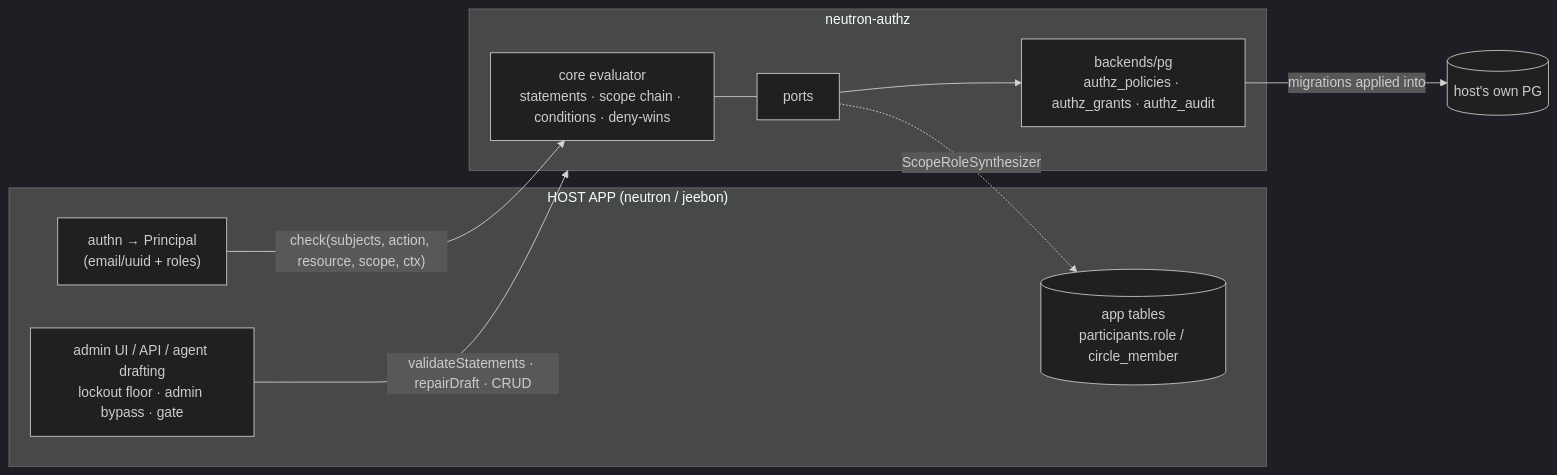
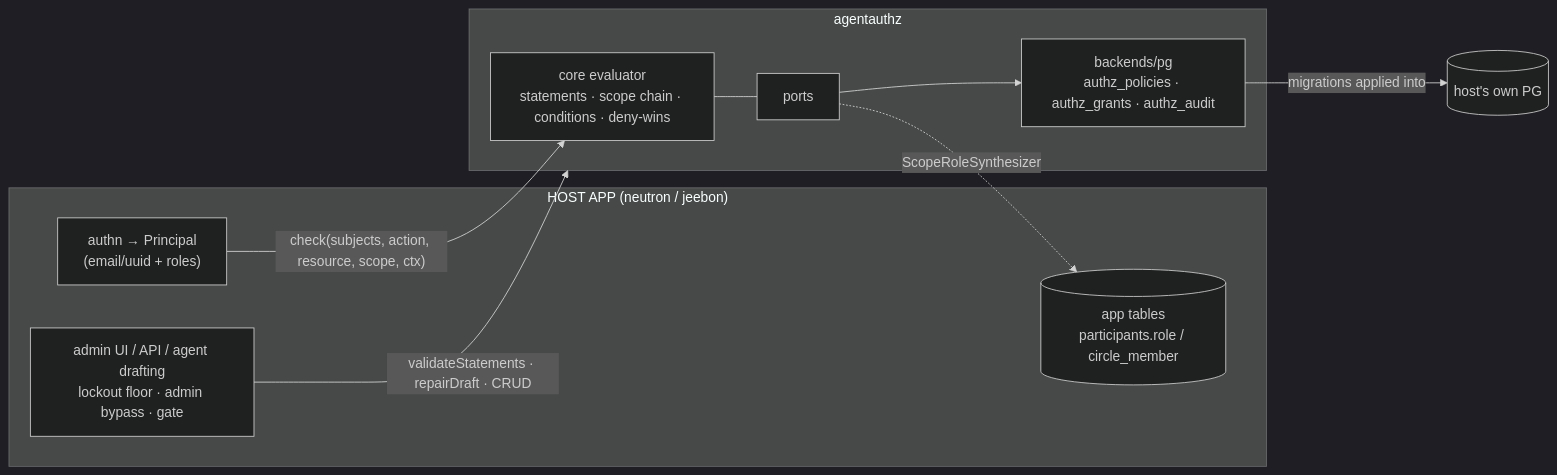
Before and after one commit to developerinlondon/agentauthz: the first of 2 diagrams in designs/library-architecture.md, drawn with Mermaid (dark theme). The commit also changed other lines of this file and 25 other files, not shown here.

First line of the commit message:
rename: neutron-authz is now agentauthz (#31)

````diff
--- a/designs/library-architecture.md
+++ b/designs/library-architecture.md
@@ -13,19 +13,19 @@
 ```mermaid
 flowchart LR
   subgraph host["HOST APP (neutron / jeebon)"]
     authn["authn → Principal<br/>(email/uuid + roles)"]
     admin["admin UI / API / agent drafting<br/>lockout floor · admin bypass · gate"]
     appdata[("app tables<br/>participants.role / circle_member")]
   end
-  subgraph lib["neutron-authz"]
+  subgraph lib["agentauthz"]
     core["core evaluator<br/>statements · scope chain · conditions · deny-wins"]
     ports["ports"]
     pg["backends/pg<br/>authz_policies · authz_grants · authz_audit"]
   end
   authn -->|"check(subjects, action, resource, scope, ctx)"| core
   admin -->|"validateStatements · repairDraft · CRUD"| lib
   core --- ports
   ports --> pg
   ports -.->|ScopeRoleSynthesizer| appdata
   pg -->|migrations applied into| hostdb[("host's own PG")]
 ```
````
